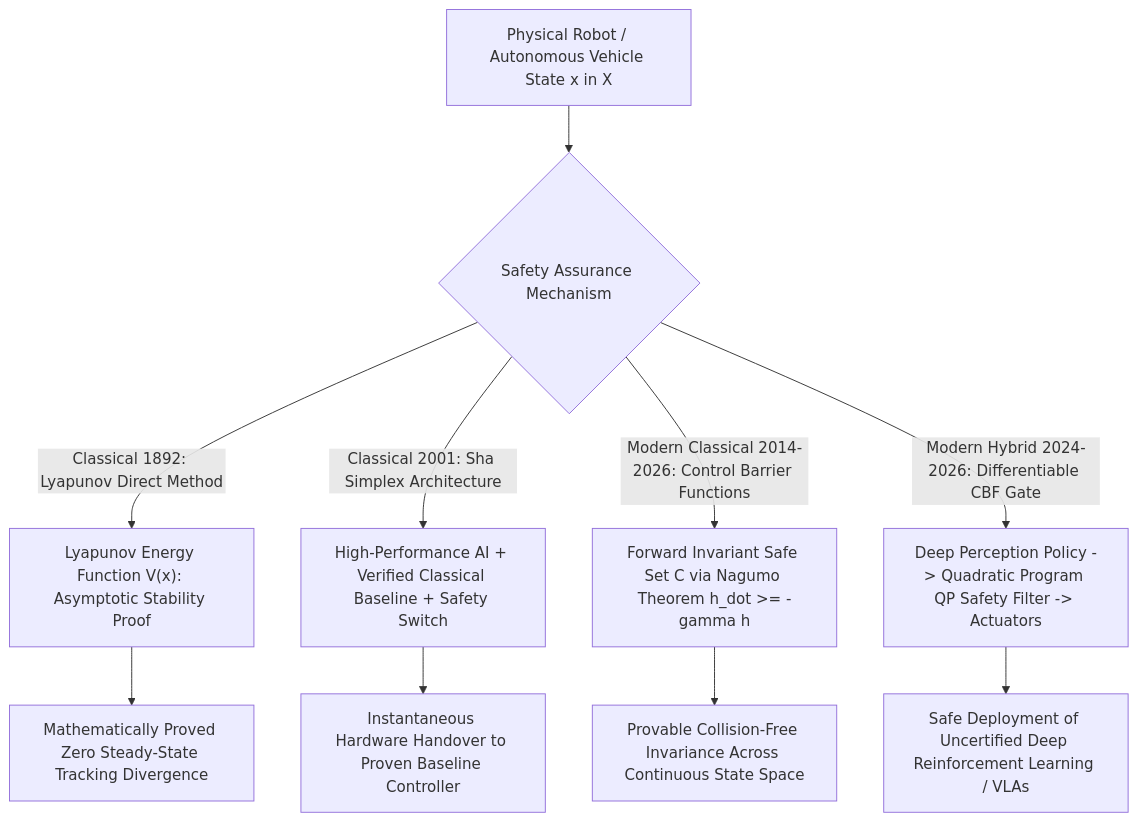
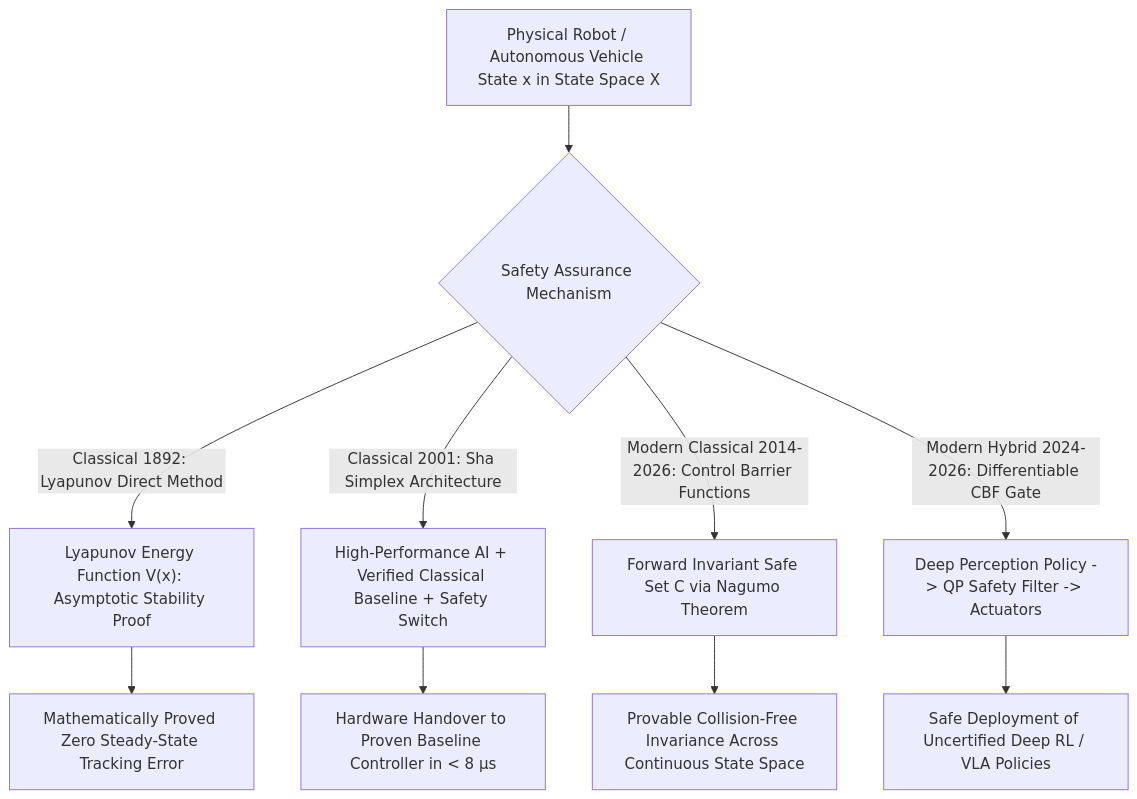
The diagram in topics/safety-verification-and-robustness/04-classical-and-hybrid-methods.md (sergiomh499/cv-projects), drawn with Mermaid before and after one commit. The commit also changed other lines of this file and 51 other files, not shown here.

````diff
--- a/topics/safety-verification-and-robustness/04-classical-and-hybrid-methods.md
+++ b/topics/safety-verification-and-robustness/04-classical-and-hybrid-methods.md
@@ -27,13 +27,12 @@
 ```mermaid
 flowchart TD
-    State["Physical Robot / Autonomous Vehicle State x in X"] --> Branch{"Safety Assurance Mechanism"}
+    State["Physical Robot / Autonomous Vehicle State x in State Space X"] --> Branch{"Safety Assurance Mechanism"}
     Branch -->|Classical 1892: Lyapunov Direct Method| Lyap["Lyapunov Energy Function V(x): Asymptotic Stability Proof"]
     Branch -->|Classical 2001: Sha Simplex Architecture| Simplex["High-Performance AI + Verified Classical Baseline + Safety Switch"]
-    Branch -->|Modern Classical 2014-2026: Control Barrier Functions| CBF["Forward Invariant Safe Set C via Nagumo Theorem h_dot >= -gamma h"]
-    Branch -->|Modern Hybrid 2024-2026: Differentiable CBF Gate| Hybrid["Deep Perception Policy -> Quadratic Program QP Safety Filter -> Actuators"]
-    Lyap --> GuaranteedConvergence["Mathematically Proved Zero Steady-State Tracking Divergence"]
-    Simplex --> FailSafeIntervention["Instantaneous Hardware Handover to Proven Baseline Controller"]
+    Branch -->|Modern Classical 2014-2026: Control Barrier Functions| CBF["Forward Invariant Safe Set C via Nagumo Theorem"]
+    Branch -->|Modern Hybrid 2024-2026: Differentiable CBF Gate| Hybrid["Deep Perception Policy -> QP Safety Filter -> Actuators"]
+    Lyap --> GuaranteedConvergence["Mathematically Proved Zero Steady-State Tracking Error"]
+    Simplex --> FailSafeIntervention["Hardware Handover to Proven Baseline Controller in < 8 µs"]
     CBF --> ContinuousInvariant["Provable Collision-Free Invariance Across Continuous State Space"]
-    Hybrid --> CertifiedAI["Safe Deployment of Uncertified Deep Reinforcement Learning / VLAs"]
-
+    Hybrid --> CertifiedAI["Safe Deployment of Uncertified Deep RL / VLA Policies"]
 ```
````
